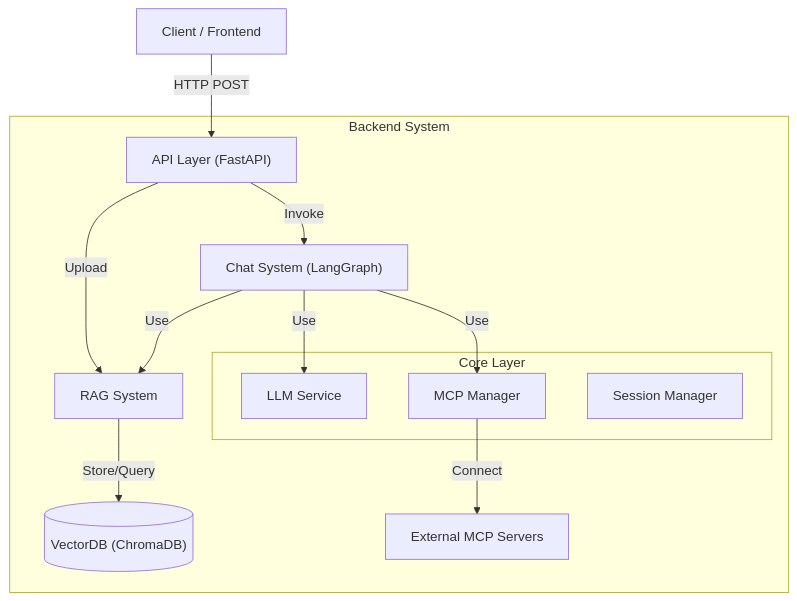
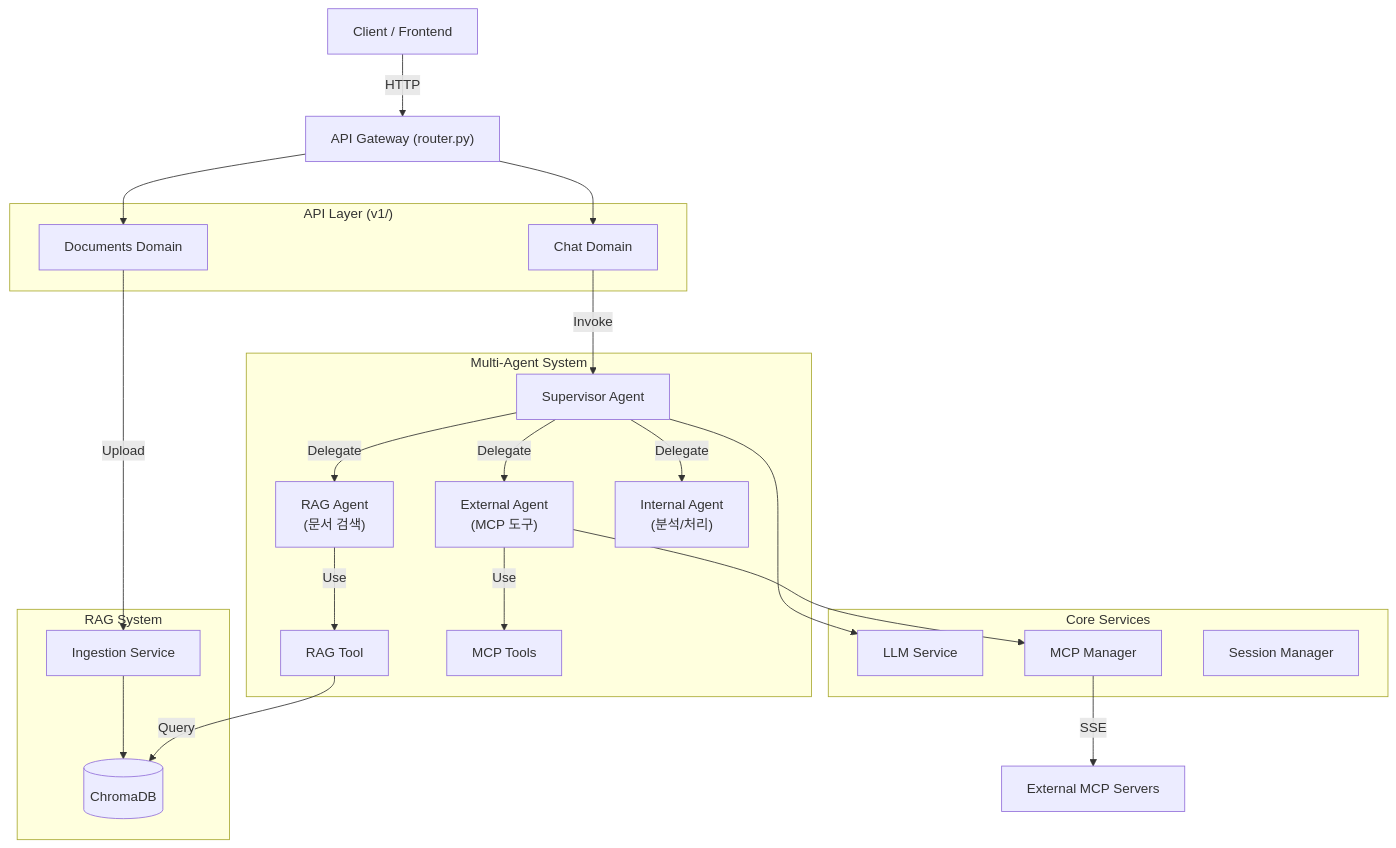
Before and after one commit to Hyeongseob91/sm-ai-v2-backend: the first of 3 diagrams in README.md, drawn with Mermaid. The commit also changed other lines of this file and 20 other files, not shown here.

First line of the commit message:
Supervisor-based Multi-Agent Architecture Design (Refactoring)

````diff
--- a/README.md
+++ b/README.md
@@ -50,22 +50,39 @@
 ```mermaid
 graph TD
-    Client["Client / Frontend"] -->|HTTP POST| API["API Layer (FastAPI)"]
-    
-    subgraph "Backend System"
-        API -->|Invoke| ChatSystem["Chat System (LangGraph)"]
-        API -->|Upload| RAGSystem["RAG System"]
-        
-        subgraph "Core Layer"
-            LLM["LLM Service"]
-            MCP["MCP Manager"]
-            Session["Session Manager"]
-        end
-        
-        ChatSystem -->|Use| LLM
-        ChatSystem -->|Use| MCP
-        ChatSystem -->|Use| RAGSystem
-        
-        RAGSystem -->|Store/Query| VectorDB[("VectorDB (ChromaDB)")]
-        MCP -->|Connect| ExternalTools["External MCP Servers"]
+    Client["Client / Frontend"] -->|HTTP| API["API Gateway (router.py)"]
+
+    subgraph "API Layer (v1/)"
+        ChatAPI["Chat Domain"]
+        DocsAPI["Documents Domain"]
     end
+
+    API --> ChatAPI
+    API --> DocsAPI
+
+    subgraph "Multi-Agent System"
+        ChatAPI -->|Invoke| Supervisor["Supervisor Agent"]
+
+        Supervisor -->|Delegate| RAGAgent["RAG Agent<br/>(문서 검색)"]
+        Supervisor -->|Delegate| ExtAgent["External Agent<br/>(MCP 도구)"]
+        Supervisor -->|Delegate| IntAgent["Internal Agent<br/>(분석/처리)"]
+
+        RAGAgent -->|Use| RAGTool["RAG Tool"]
+        ExtAgent -->|Use| MCPTools["MCP Tools"]
+    end
+
+    subgraph "Core Services"
+        LLM["LLM Service"]
+        MCP["MCP Manager"]
+        Session["Session Manager"]
+    end
+
+    subgraph "RAG System"
+        DocsAPI -->|Upload| Ingestion["Ingestion Service"]
+        Ingestion --> VectorDB[("ChromaDB")]
+        RAGTool -->|Query| VectorDB
+    end
+
+    Supervisor --> LLM
+    ExtAgent --> MCP
+    MCP -->|SSE| ExternalMCP["External MCP Servers"]
 ```
````
